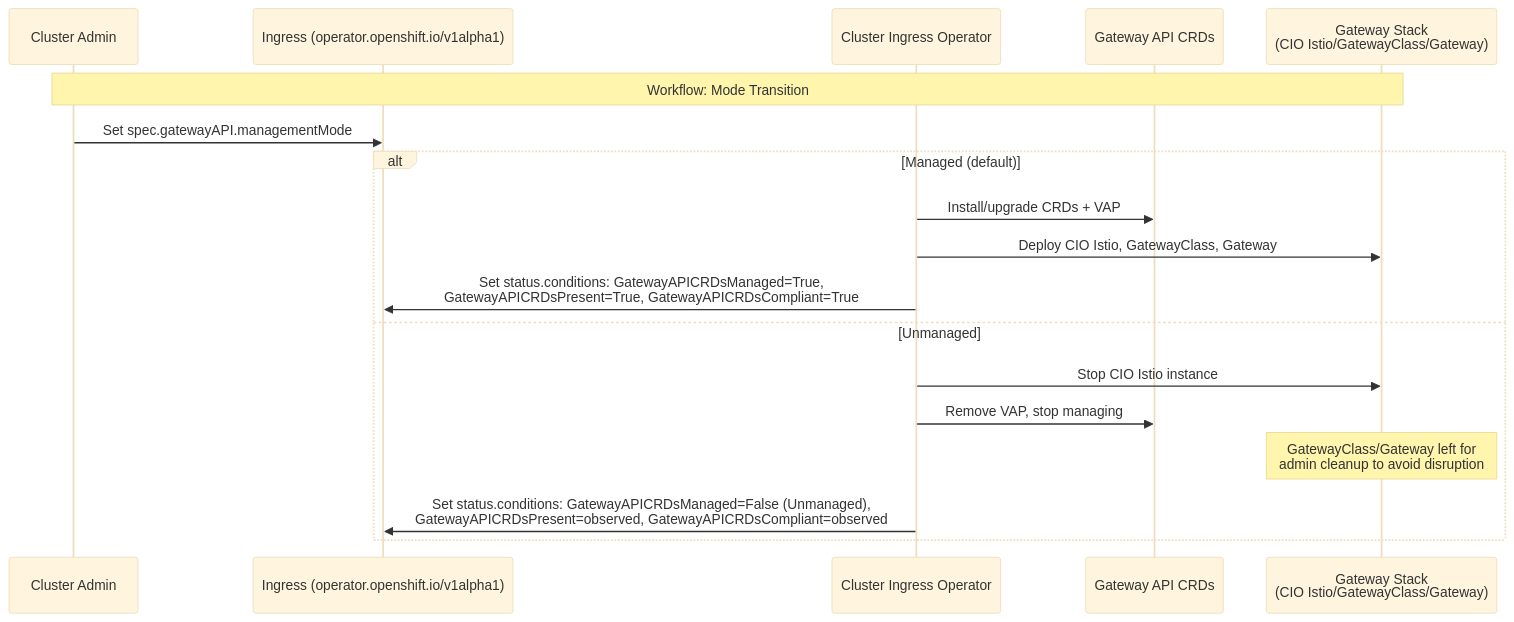
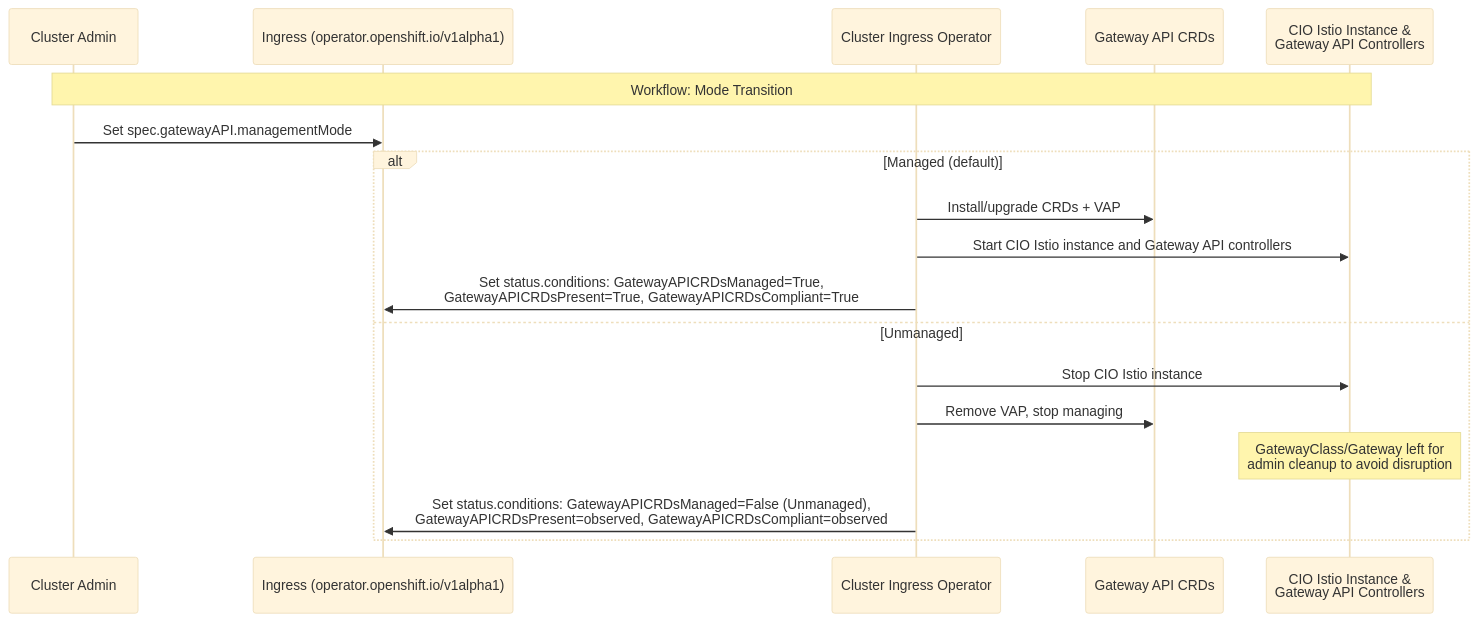
Before and after one commit to openshift/enhancements: the diagram in enhancements/ingress/gateway-api-crd-management-mode.md, drawn with Mermaid (base theme). The commit also changed other lines of this file, not shown here.

````diff
--- a/enhancements/ingress/gateway-api-crd-management-mode.md
+++ b/enhancements/ingress/gateway-api-crd-management-mode.md
@@ -252,22 +255,22 @@
 ```mermaid
 sequenceDiagram
     participant Admin as Cluster Admin
     participant IC as Ingress (operator.openshift.io/v1alpha1)
     participant CIO as Cluster Ingress Operator
     participant CRDs as Gateway API CRDs
-    participant GW as Gateway Stack<br/>(CIO Istio/GatewayClass/Gateway)
+    participant GW as CIO Istio Instance &<br/>Gateway API Controllers
 
     Note over Admin,GW: Workflow: Mode Transition
     Admin->>IC: Set spec.gatewayAPI.managementMode
 
     alt Managed (default)
         CIO->>CRDs: Install/upgrade CRDs + VAP
-        CIO->>GW: Deploy CIO Istio, GatewayClass, Gateway
+        CIO->>GW: Start CIO Istio instance and Gateway API controllers
         CIO->>IC: Set status.conditions: GatewayAPICRDsManaged=True,<br/>GatewayAPICRDsPresent=True, GatewayAPICRDsCompliant=True
     else Unmanaged
         CIO->>GW: Stop CIO Istio instance
         CIO->>CRDs: Remove VAP, stop managing
         Note over GW: GatewayClass/Gateway left for<br/>admin cleanup to avoid disruption
         CIO->>IC: Set status.conditions: GatewayAPICRDsManaged=False (Unmanaged),<br/>GatewayAPICRDsPresent=observed, GatewayAPICRDsCompliant=observed
     end
 ```
````
